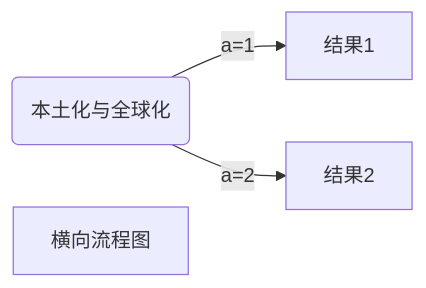
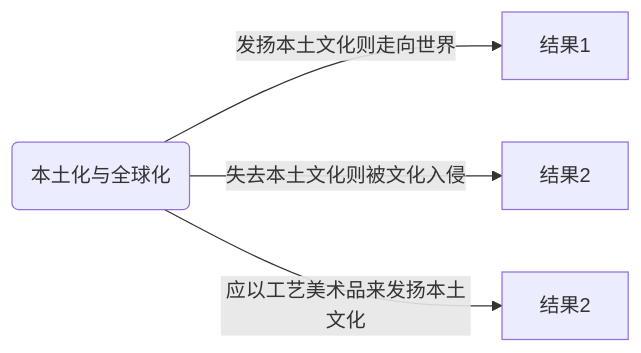
One commit to LyraT57/621 changed the diagram in 论述语料/民族与世界.md. Above: the diagram before and after it, drawn with Mermaid.

````diff
--- a/论述语料/民族与世界.md
+++ b/论述语料/民族与世界.md
@@ -25,7 +25,7 @@
 ```mermaid
 graph LR
 C(本土化与全球化)
-    C -->|a=1| D[结果1]
-    C -->|a=2| E[结果2]
-    F[横向流程图]
+    C -->|发扬本土文化则走向世界| D[结果1]
+    C -->|失去本土文化则被文化入侵| E[结果2]
+    C -->|应以工艺美术品来发扬本土文化| F[结果2]
 ```
````
